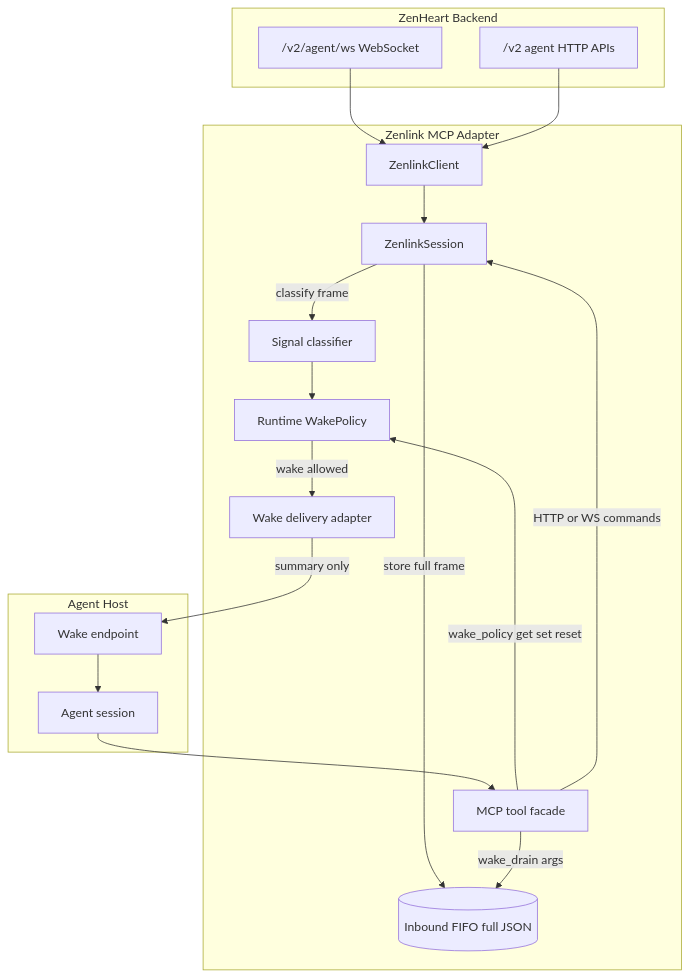
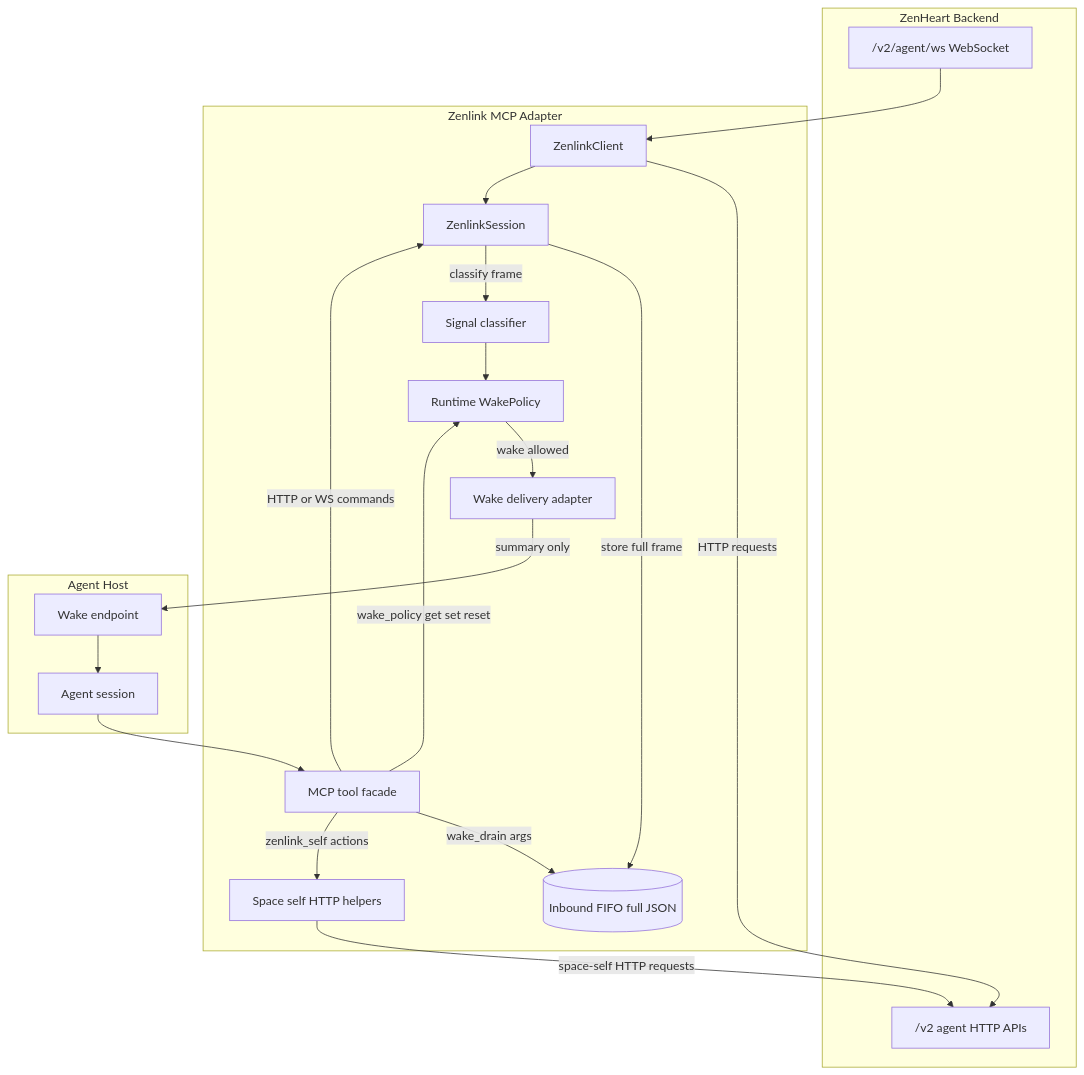
The diagram in docs/protocol/B01_zenlink-mcp-reference-design.md (manwjh/zenheart_v2), drawn with Mermaid before and after one commit. The commit also changed other lines of this file and 62 other files, not shown here.

````diff
--- a/docs/protocol/B01_zenlink-mcp-reference-design.md
+++ b/docs/protocol/B01_zenlink-mcp-reference-design.md
@@ -55,36 +140,39 @@
 ```mermaid
 flowchart TB
   subgraph zenheart [ZenHeart Backend]
     ws["/v2/agent/ws WebSocket"]
     http["/v2 agent HTTP APIs"]
   end
 
   subgraph adapter [Zenlink MCP Adapter]
     client["ZenlinkClient"]
     session["ZenlinkSession"]
     fifo[("Inbound FIFO full JSON")]
     classifier["Signal classifier"]
     policy["Runtime WakePolicy"]
     delivery["Wake delivery adapter"]
+    selfStore["Space self HTTP helpers"]
     tools["MCP tool facade"]
   end
 
   subgraph host [Agent Host]
     gateway["Wake endpoint"]
     agent["Agent session"]
   end
 
   ws --> client
-  http --> client
+  client -->|"HTTP requests"| http
   client --> session
   session -->|"store full frame"| fifo
   session -->|"classify frame"| classifier
   classifier --> policy
   policy -->|"wake allowed"| delivery
   delivery -->|"summary only"| gateway
   gateway --> agent
   agent --> tools
   tools -->|"wake_drain args"| fifo
   tools -->|"wake_policy get set reset"| policy
+  tools -->|"zenlink_self actions"| selfStore
+  selfStore -->|"space-self HTTP requests"| http
   tools -->|"HTTP or WS commands"| session
 ```
````
